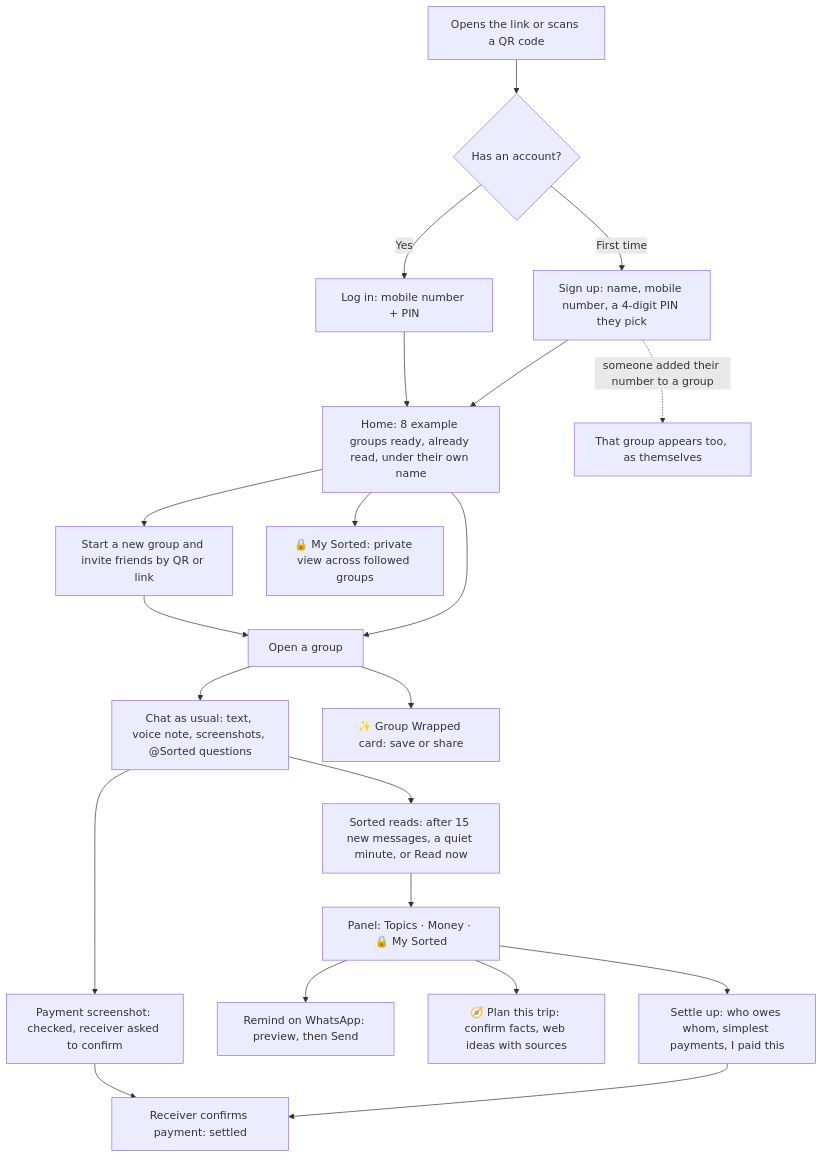
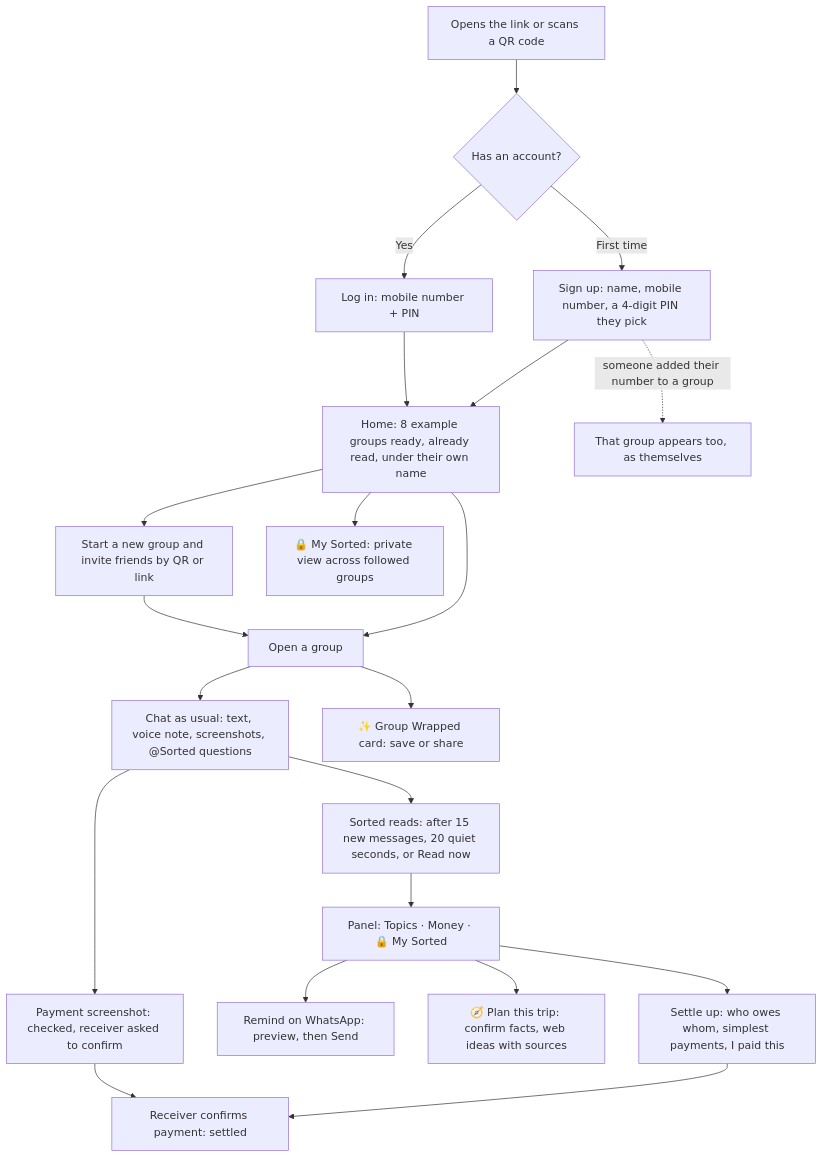
One commit to kruthikvarshan/sorted changed the diagram in docs/USER_FLOW.md. Above: the diagram before and after it, drawn with Mermaid. The commit also changed other lines of this file and 12 other files, not shown here.

````diff
--- a/docs/USER_FLOW.md
+++ b/docs/USER_FLOW.md
@@ -7,23 +7,23 @@
 ```mermaid
 flowchart TD
     A[Opens the link or scans a QR code] --> B{Has an account?}
     B -- First time --> C[Sign up: name, mobile number, a 4-digit PIN they pick]
     B -- Yes --> D[Log in: mobile number + PIN]
     C --> E[Home: 8 example groups ready, already read, under their own name]
     D --> E
     C -. someone added their number to a group .-> E2[That group appears too, as themselves]
     E --> F[Open a group]
     E --> G[Start a new group and invite friends by QR or link]
     E --> H[🔒 My Sorted: private view across followed groups]
     G --> F
     F --> I[Chat as usual: text, voice note, screenshots, @Sorted questions]
-    I --> J[Sorted reads: after 15 new messages, a quiet minute, or Read now]
+    I --> J[Sorted reads: after 15 new messages, 20 quiet seconds, or Read now]
     J --> K[Panel: Topics · Money · 🔒 My Sorted]
     K --> L[Settle up: who owes whom, simplest payments, I paid this]
     K --> M[Remind on WhatsApp: preview, then Send]
     K --> N[🧭 Plan this trip: confirm facts, web ideas with sources]
     L --> O[Receiver confirms payment: settled]
     I --> P[Payment screenshot: checked, receiver asked to confirm]
     P --> O
     F --> Q[✨ Group Wrapped card: save or share]
 ```
````
